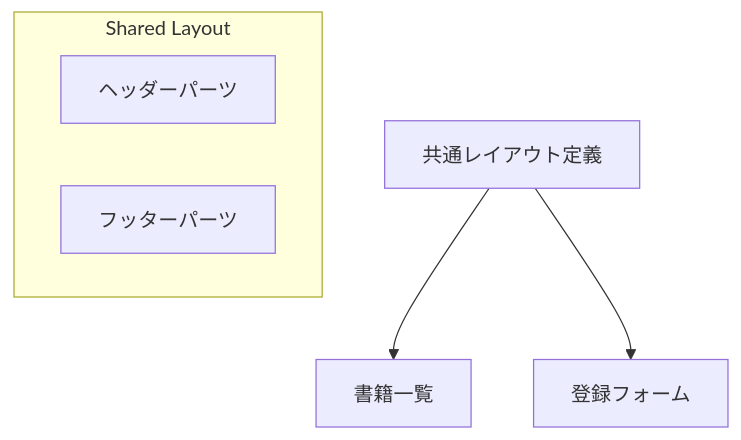
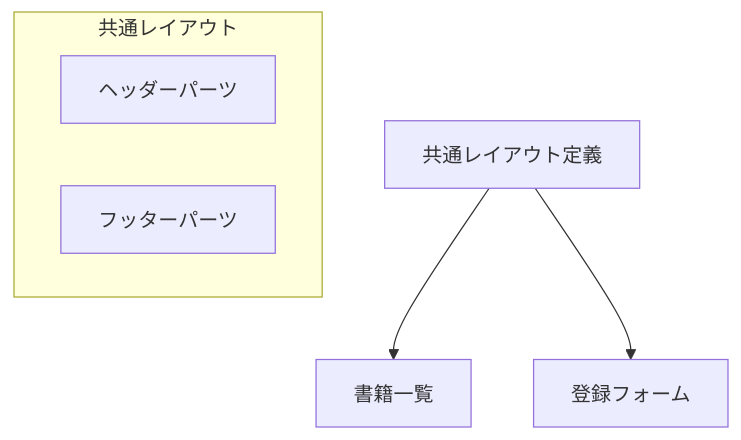
One commit to juyeongjung1/springboot_personal_practice changed the fourth of 7 diagrams in docs/Comprehensive_Design_Specification.md. Above: the diagram before and after it, drawn with Mermaid. The commit also changed other lines of this file and 6 other files, not shown here.

````diff
--- a/docs/Comprehensive_Design_Specification.md
+++ b/docs/Comprehensive_Design_Specification.md
@@ -100,9 +100,9 @@
 ```mermaid
 graph TD
     Component[共通レイアウト定義] --> PageA[書籍一覧]
     Component --> PageB[登録フォーム]
-    subgraph Shared Layout
+    subgraph 共通レイアウト
         Header[ヘッダーパーツ]
         Footer[フッターパーツ]
     end
 ```
````
